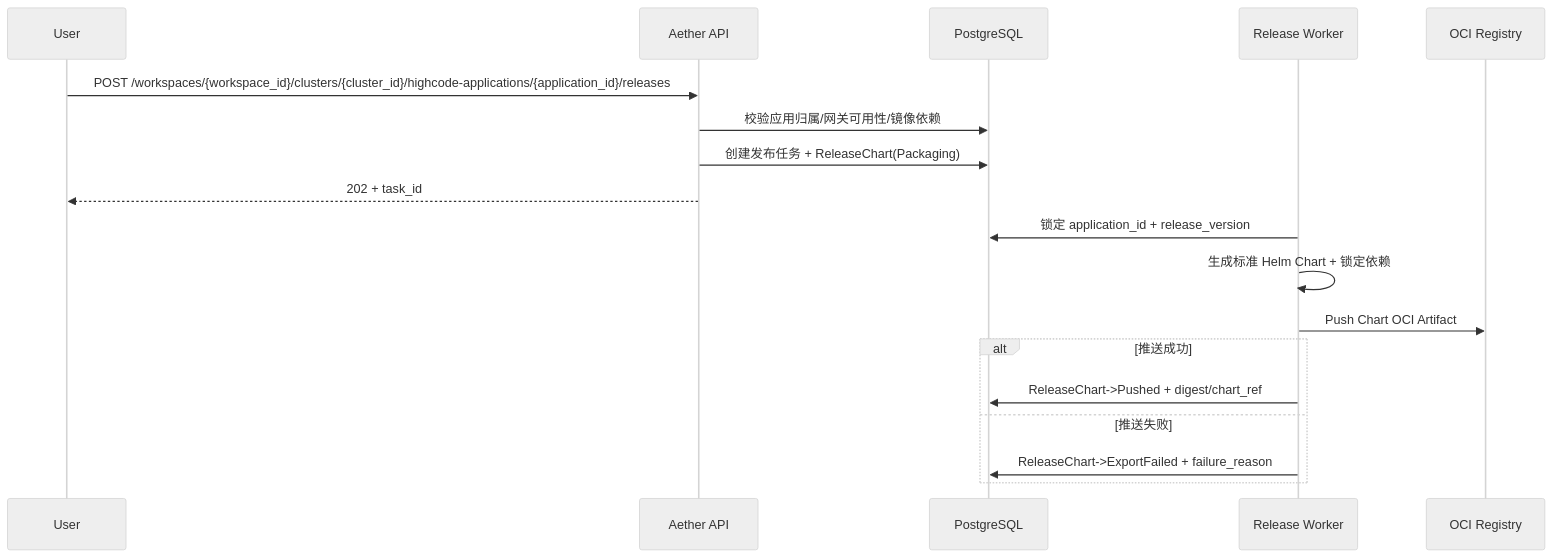
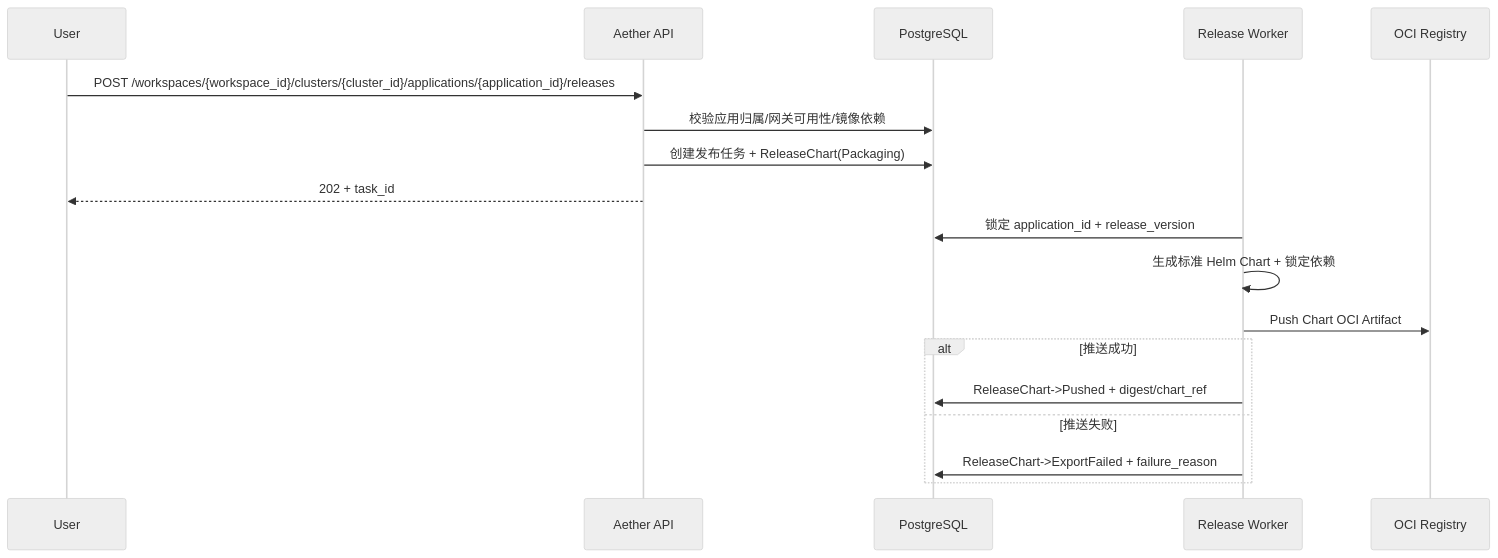
One commit to sentanl869/aether changed the fifth of 23 diagrams in docs/design.md. Above: the diagram before and after it, drawn with Mermaid (neutral theme). The commit also changed other lines of this file and 2 other files, not shown here.

````diff
--- a/docs/design.md
+++ b/docs/design.md
@@ -366,21 +367,21 @@
 ```mermaid
 sequenceDiagram
   participant User as User
   participant API as Aether API
   participant DB as PostgreSQL
   participant W as Release Worker
   participant OCI as OCI Registry
 
-  User->>API: POST /workspaces/{workspace_id}/clusters/{cluster_id}/highcode-applications/{application_id}/releases
+  User->>API: POST /workspaces/{workspace_id}/clusters/{cluster_id}/applications/{application_id}/releases
   API->>DB: 校验应用归属/网关可用性/镜像依赖
   API->>DB: 创建发布任务 + ReleaseChart(Packaging)
   API-->>User: 202 + task_id
   W->>DB: 锁定 application_id + release_version
   W->>W: 生成标准 Helm Chart + 锁定依赖
   W->>OCI: Push Chart OCI Artifact
   alt 推送成功
     W->>DB: ReleaseChart->Pushed + digest/chart_ref
   else 推送失败
     W->>DB: ReleaseChart->ExportFailed + failure_reason
   end
 ```
````
